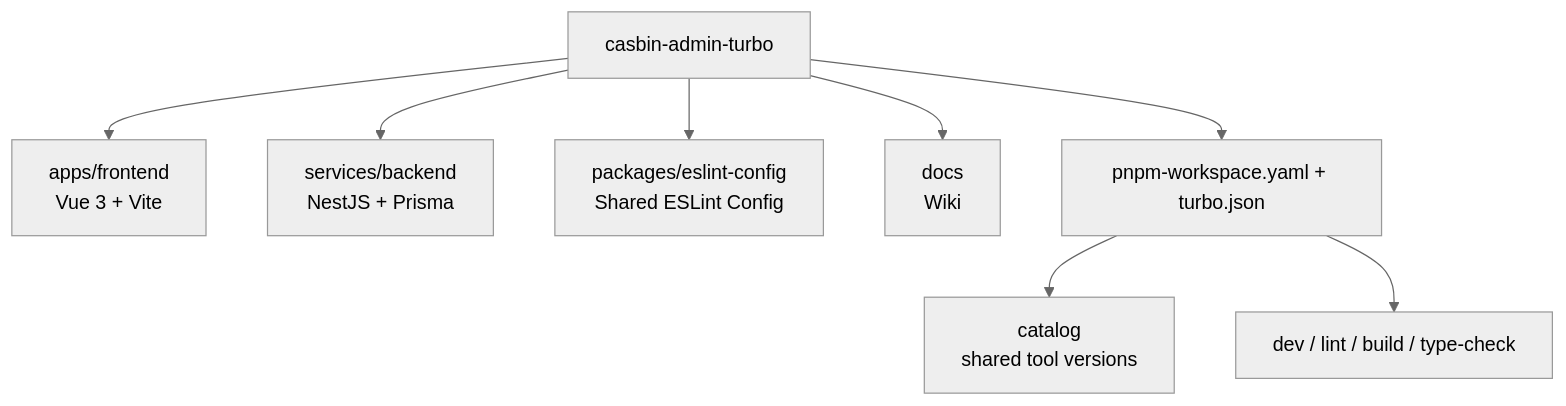
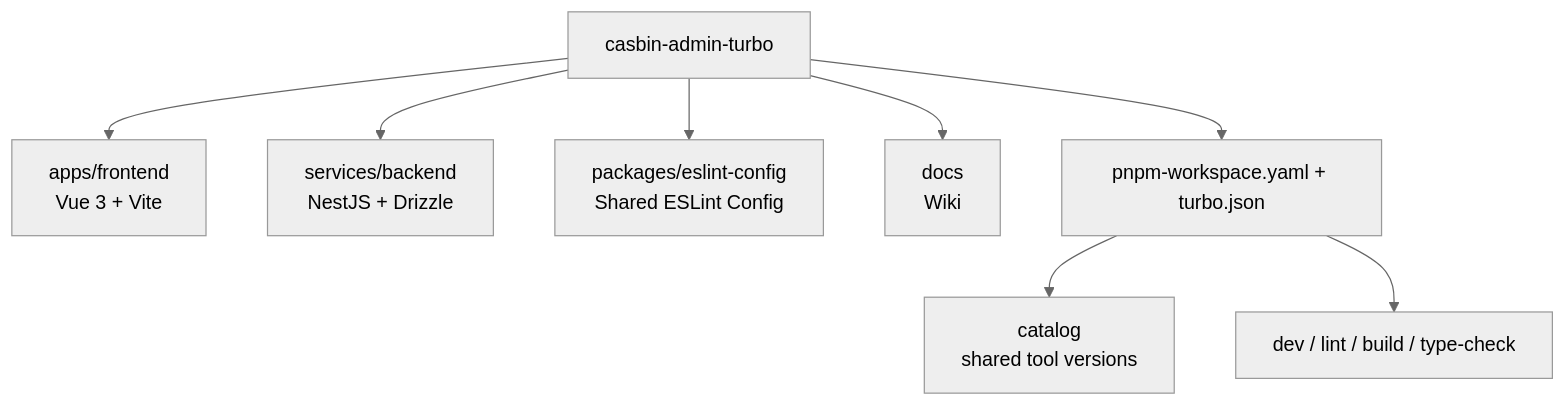
One commit to Lazy-Hand/casbin-admin-turbo changed the first of 2 diagrams in docs/architecture.md. Above: the diagram before and after it, drawn with Mermaid (neutral theme). The commit also changed 120 other files, not shown here.

Commit message:
refactor: migrate user service from Prisma to Drizzle ORM, update pagination handling and remove unused base repository

````diff
--- a/docs/architecture.md
+++ b/docs/architecture.md
@@ -5,12 +5,12 @@
 ```mermaid
 flowchart TD
     ROOT["casbin-admin-turbo"]
     ROOT --> APPS["apps/frontend<br/>Vue 3 + Vite"]
-    ROOT --> SERVICES["services/backend<br/>NestJS + Prisma"]
+    ROOT --> SERVICES["services/backend<br/>NestJS + Drizzle"]
     ROOT --> PACKAGES["packages/eslint-config<br/>Shared ESLint Config"]
     ROOT --> DOCS["docs<br/>Wiki"]
     ROOT --> TOOLING["pnpm-workspace.yaml + turbo.json"]
 
     TOOLING --> CATALOG["catalog<br/>shared tool versions"]
     TOOLING --> TASKS["dev / lint / build / type-check"]
 ```
````
